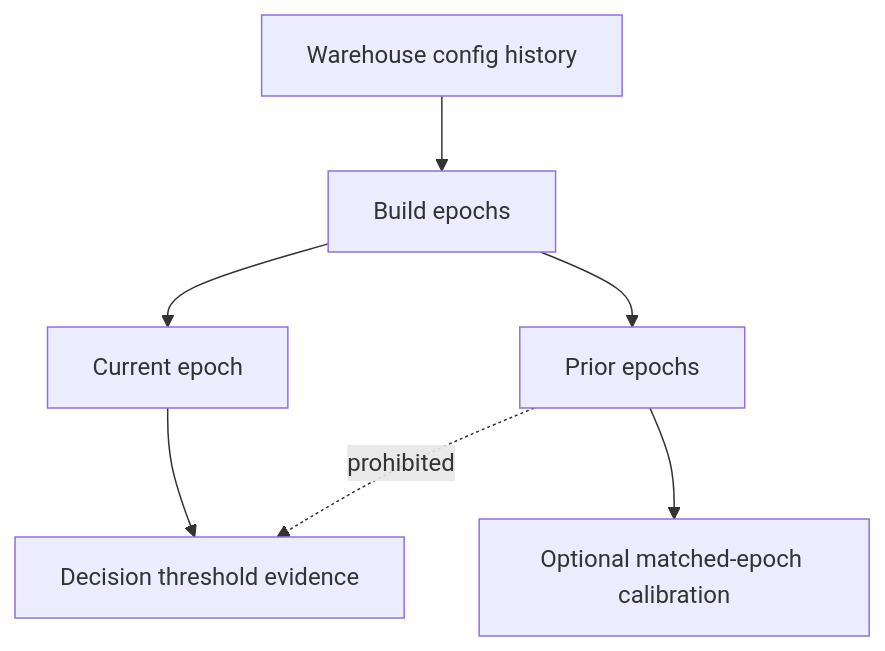
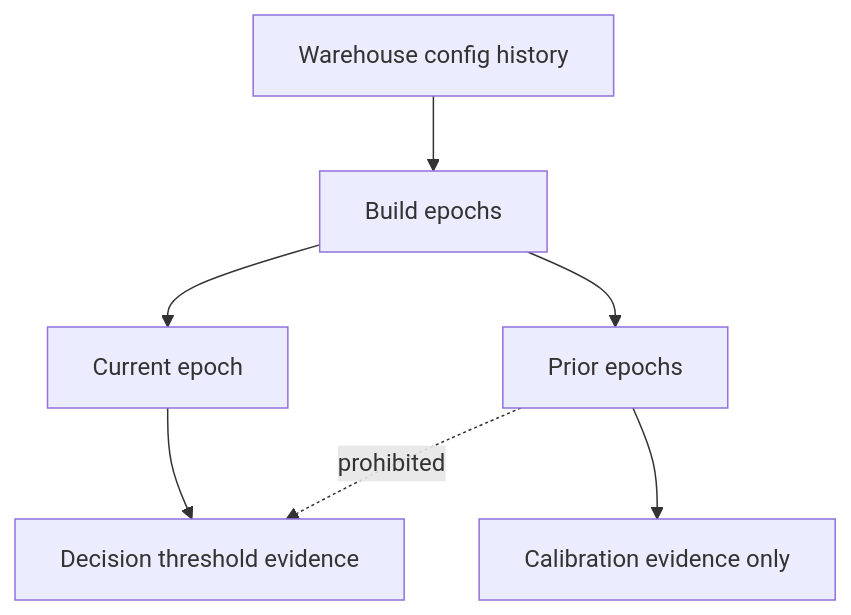
Before and after one commit to thiaga-gk/expert-funicular: the seventh of 19 diagrams in docs/architecture/lld.md, drawn with Mermaid. The commit also changed other lines of this file and 8 other files, not shown here.

````diff
--- a/docs/architecture/lld.md
+++ b/docs/architecture/lld.md
@@ -429,9 +436,9 @@
 ```mermaid
 flowchart TD
     H[Warehouse config history] --> E[Build epochs]
     E --> C[Current epoch]
     E --> P[Prior epochs]
     C --> D[Decision threshold evidence]
-    P --> CAL[Optional matched-epoch calibration]
+    P --> CAL[Calibration evidence only]
     P -. prohibited .-> D
 ```
````
